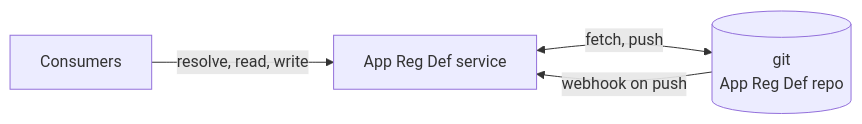
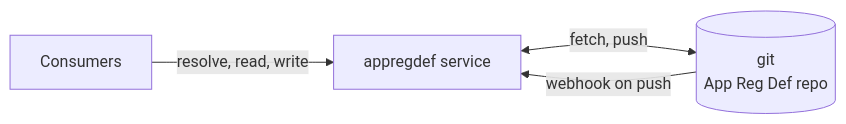
The first of 5 diagrams in docs/analysis/app-reg-def/service/architecture.md (Netcracker/qubership-envgene), drawn with Mermaid before and after one commit. The commit also changed other lines of this file and 8 other files, not shown here.

First line of the commit message:
docs: align naming with the diagram and restore AppDef and RegDef in the model

````diff
--- a/docs/analysis/app-reg-def/service/architecture.md
+++ b/docs/analysis/app-reg-def/service/architecture.md
@@ -18,6 +18,6 @@
 ```mermaid
 flowchart LR
-  consumers["Consumers"] -->|"resolve, read, write"| svc["App Reg Def service"]
+  consumers["Consumers"] -->|"resolve, read, write"| svc["appregdef service"]
   svc <-->|"fetch, push"| git[("git<br/>App Reg Def repo")]
   git -->|"webhook on push"| svc
 ```
````
